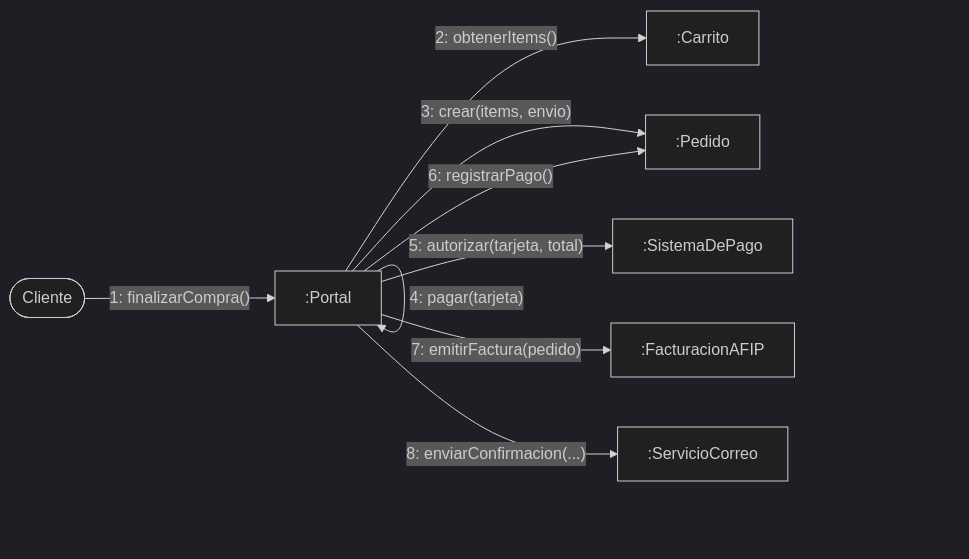
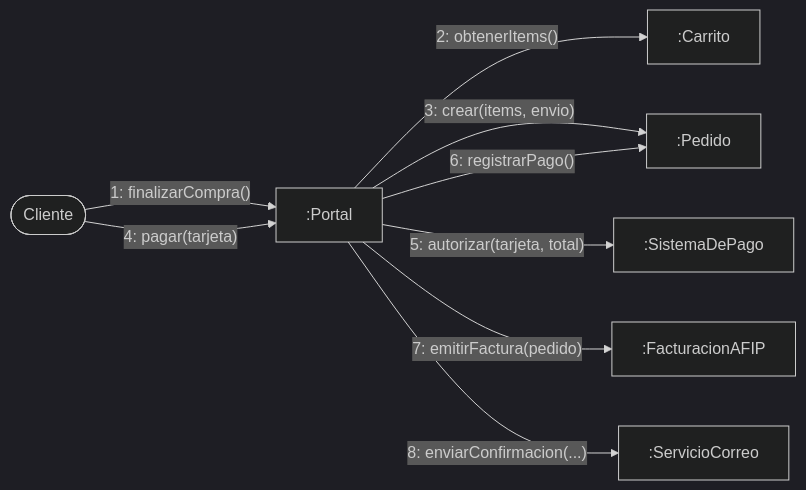
Before and after one commit to unlam-informatica/diseno-de-software: the sixth of 6 diagrams in practicas/practica-1.md, drawn with Mermaid. The commit also changed other lines of this file and 2 other files, not shown here.

````diff
--- a/practicas/practica-1.md
+++ b/practicas/practica-1.md
@@ -365,20 +393,20 @@
 ```mermaid
 %%{init: {'theme':'dark'}}%%
 flowchart LR
     C(["Cliente"])
     P[":Portal"]
     Ca[":Carrito"]
     Pe[":Pedido"]
     SP[":SistemaDePago"]
     F[":FacturacionAFIP"]
     M[":ServicioCorreo"]
 
     C -->|"1: finalizarCompra()"| P
     P -->|"2: obtenerItems()"| Ca
     P -->|"3: crear(items, envio)"| Pe
-    P -->|"4: pagar(tarjeta)"| P
+    C -->|"4: pagar(tarjeta)"| P
     P -->|"5: autorizar(tarjeta, total)"| SP
     P -->|"6: registrarPago()"| Pe
     P -->|"7: emitirFactura(pedido)"| F
     P -->|"8: enviarConfirmacion(...)"| M
 ```
````
